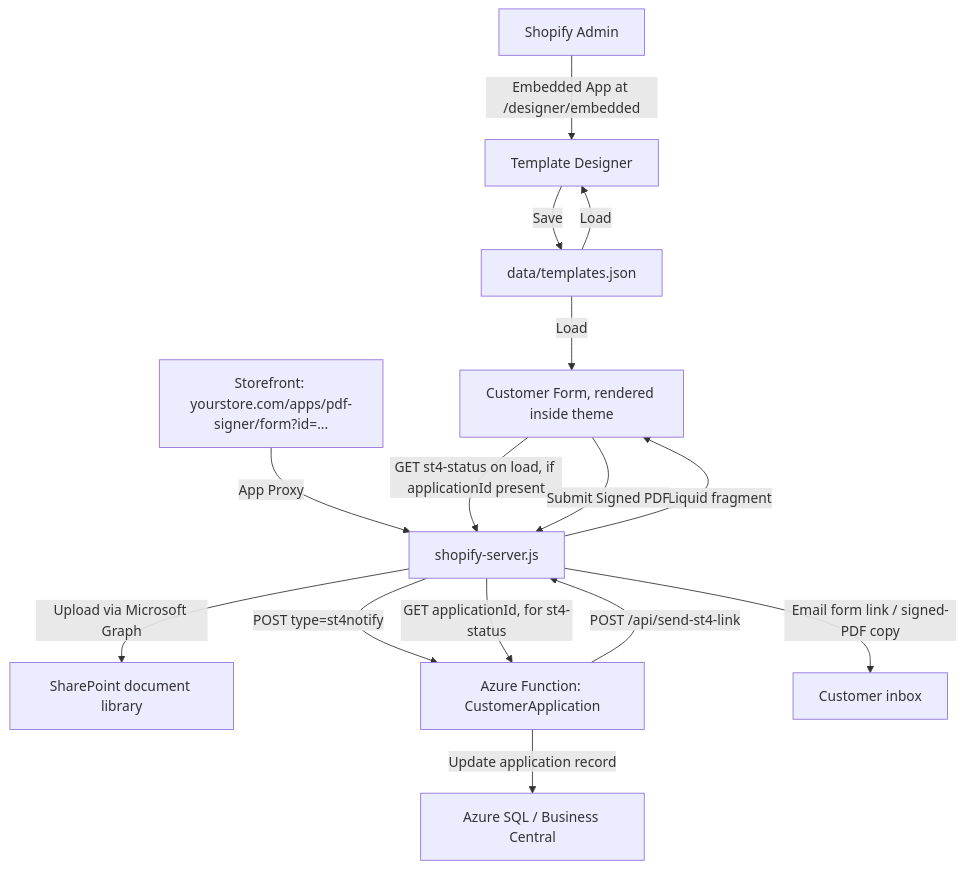
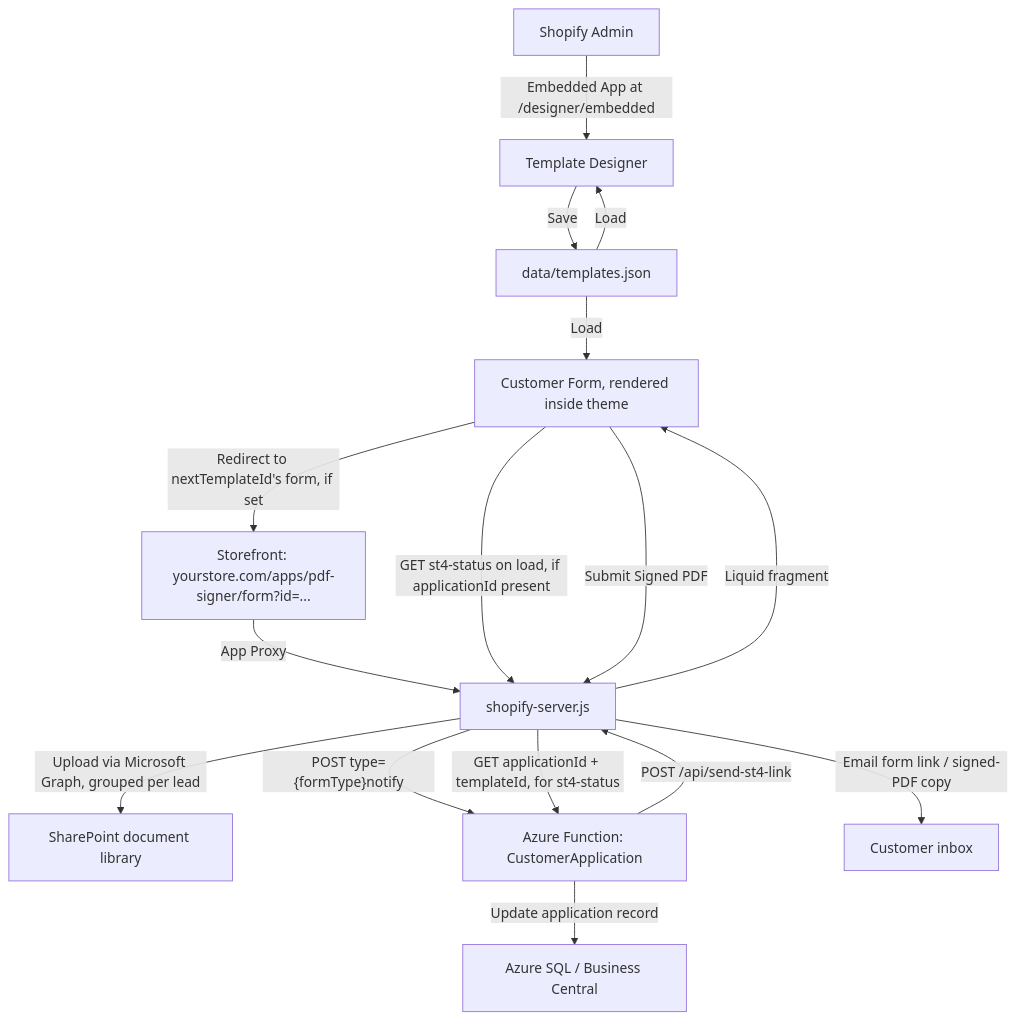
The diagram in README.md (AhmedVohra/yog-shopify-st4-form), drawn with Mermaid before and after one commit. The commit also changed other lines of this file and 10 other files, not shown here.

First line of the commit message:
feat: implement multi-form intake chain with per-lead SharePoint folders and formType-aware BC integration

````diff
--- a/README.md
+++ b/README.md
@@ -41,17 +41,18 @@
 ```mermaid
 graph TD
     A[Shopify Admin] -->|Embedded App at /designer/embedded| B[Template Designer]
     B -->|Save| C[data/templates.json]
     D[Storefront: yourstore.com/apps/pdf-signer/form?id=...] -->|App Proxy| E[shopify-server.js]
     E -->|Liquid fragment| F[Customer Form, rendered inside theme]
     F -->|GET st4-status on load, if applicationId present| E
     F -->|Submit Signed PDF| E
-    E -->|Upload via Microsoft Graph| G[SharePoint document library]
+    F -->|Redirect to nextTemplateId's form, if set| D
+    E -->|Upload via Microsoft Graph, grouped per lead| G[SharePoint document library]
     C -->|Load| F
     C -->|Load| B
     H[Azure Function: CustomerApplication] -->|POST /api/send-st4-link| E
     E -->|Email form link / signed-PDF copy| I[Customer inbox]
-    E -->|POST type=st4notify| H
-    E -->|GET applicationId, for st4-status| H
+    E -->|"POST type={formType}notify"| H
+    E -->|GET applicationId + templateId, for st4-status| H
     H -->|Update application record| J[Azure SQL / Business Central]
 ```
````
